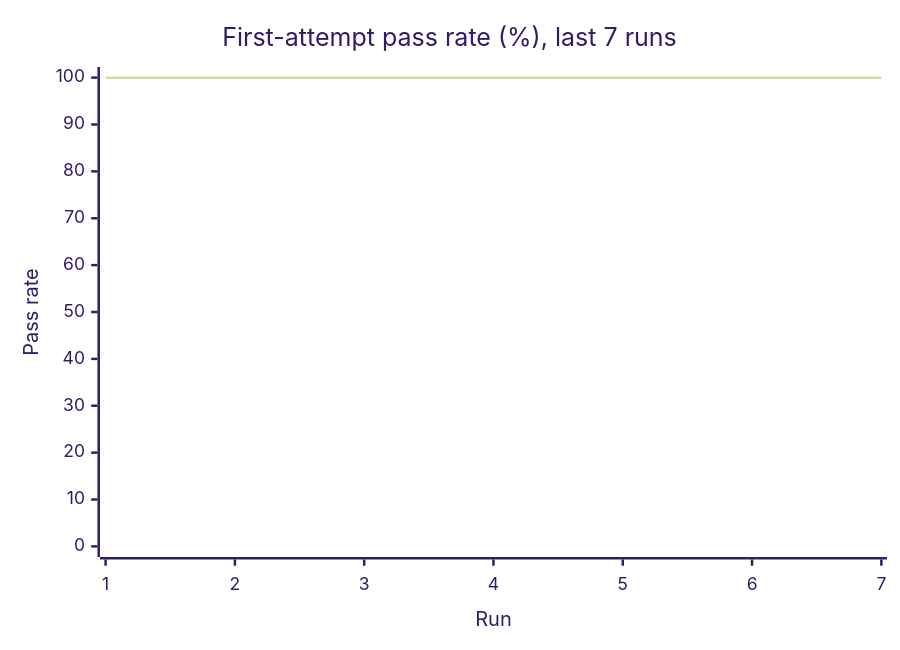
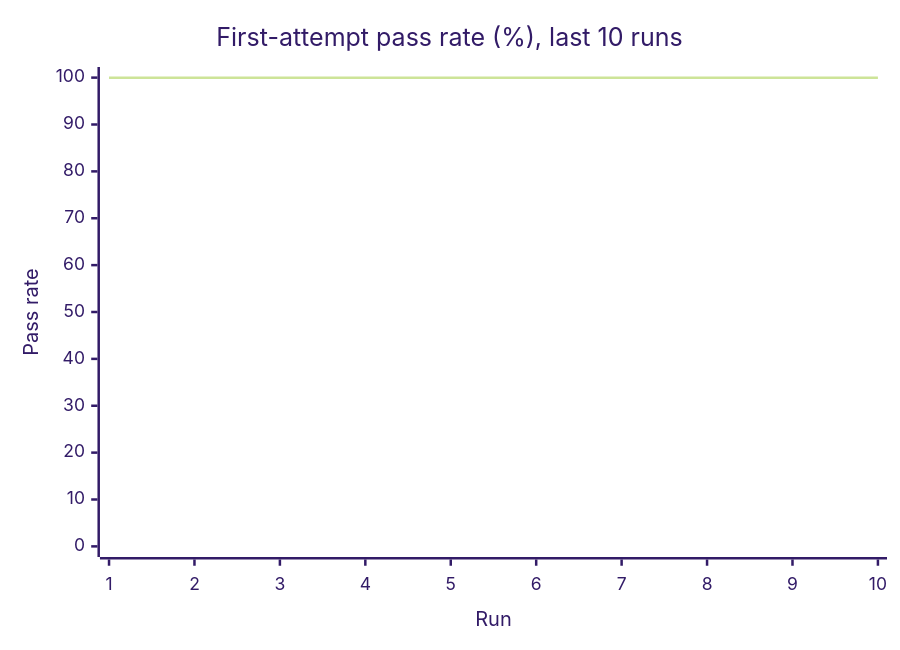
One commit to Shirojoufu/Service-Template changed the first of 3 diagrams in reports/summary.md. Above: the diagram before and after it, drawn with Mermaid (forest theme). The commit also changed other lines of this file and 5 other files, not shown here.

````diff
--- a/reports/summary.md
+++ b/reports/summary.md
@@ -17,7 +17,7 @@
 ```mermaid
 xychart-beta
-    title "First-attempt pass rate (%), last 7 runs"
-    x-axis "Run" [1, 2, 3, 4, 5, 6, 7]
+    title "First-attempt pass rate (%), last 10 runs"
+    x-axis "Run" [1, 2, 3, 4, 5, 6, 7, 8, 9, 10]
     y-axis "Pass rate" 0 --> 100
-    line [100.0, 100.0, 100.0, 100.0, 100.0, 100.0, 100.0]
+    line [100.0, 100.0, 100.0, 100.0, 100.0, 100.0, 100.0, 100.0, 100.0, 100.0]
 ```
````
